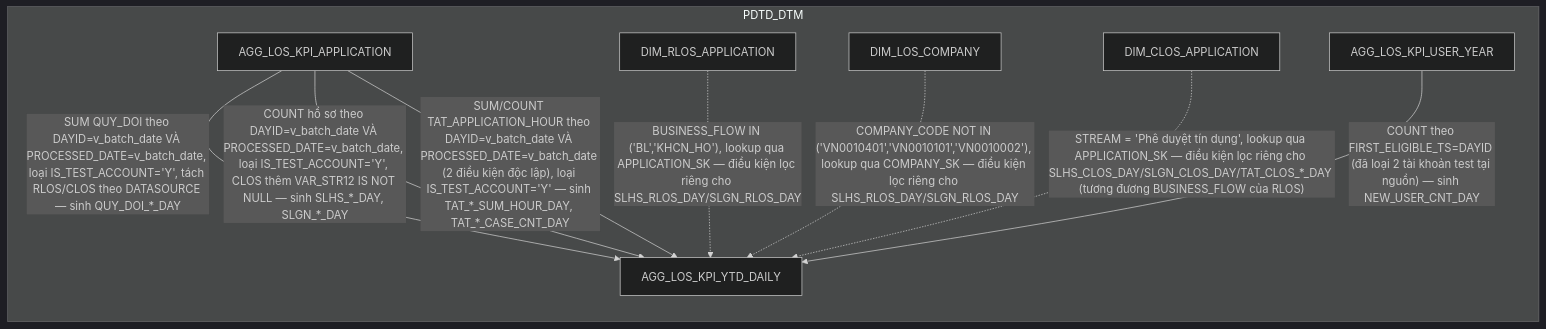
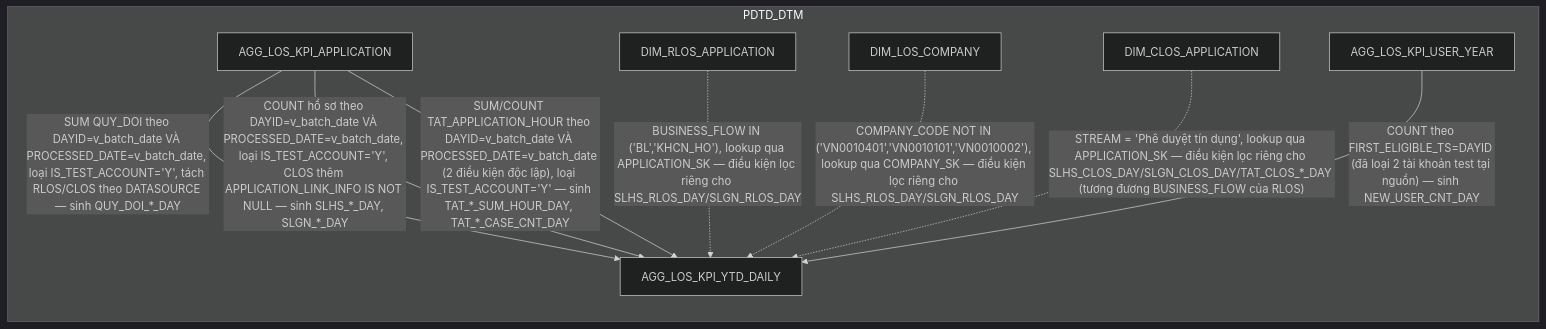
One commit to chien1198/sb-mapping-gen changed the first of 19 diagrams in hld/hld_review/HLD_FCT_PDTD_DTM_review.md. Above: the diagram before and after it, drawn with Mermaid (dark theme). The commit also changed other lines of this file and 124 other files, not shown here.

````diff
--- a/hld/hld_review/HLD_FCT_PDTD_DTM_review.md
+++ b/hld/hld_review/HLD_FCT_PDTD_DTM_review.md
@@ -14,18 +14,18 @@
 ```mermaid
 flowchart LR
     subgraph PDTD_DTM
         A["AGG_LOS_KPI_APPLICATION"]
         D1["DIM_RLOS_APPLICATION"]
         D3["DIM_CLOS_APPLICATION"]
         D2["DIM_LOS_COMPANY"]
         M["AGG_LOS_KPI_USER_YEAR"]
         F["AGG_LOS_KPI_YTD_DAILY"]
     end
     A -->|"SUM QUY_DOI theo DAYID=v_batch_date VÀ PROCESSED_DATE=v_batch_date, loại IS_TEST_ACCOUNT='Y', tách RLOS/CLOS theo DATASOURCE — sinh QUY_DOI_*_DAY"| F
-    A -->|"COUNT hồ sơ theo DAYID=v_batch_date VÀ PROCESSED_DATE=v_batch_date, loại IS_TEST_ACCOUNT='Y', CLOS thêm VAR_STR12 IS NOT NULL — sinh SLHS_*_DAY, SLGN_*_DAY"| F
+    A -->|"COUNT hồ sơ theo DAYID=v_batch_date VÀ PROCESSED_DATE=v_batch_date, loại IS_TEST_ACCOUNT='Y', CLOS thêm APPLICATION_LINK_INFO IS NOT NULL — sinh SLHS_*_DAY, SLGN_*_DAY"| F
     D1 -.->|"BUSINESS_FLOW IN ('BL','KHCN_HO'), lookup qua APPLICATION_SK — điều kiện lọc riêng cho SLHS_RLOS_DAY/SLGN_RLOS_DAY"| F
     D2 -.->|"COMPANY_CODE NOT IN ('VN0010401','VN0010101','VN0010002'), lookup qua COMPANY_SK — điều kiện lọc riêng cho SLHS_RLOS_DAY/SLGN_RLOS_DAY"| F
     D3 -.->|"STREAM = 'Phê duyệt tín dụng', lookup qua APPLICATION_SK — điều kiện lọc riêng cho SLHS_CLOS_DAY/SLGN_CLOS_DAY/TAT_CLOS_*_DAY (tương đương BUSINESS_FLOW của RLOS)"| F
     A -->|"SUM/COUNT TAT_APPLICATION_HOUR theo DAYID=v_batch_date VÀ PROCESSED_DATE=v_batch_date (2 điều kiện độc lập), loại IS_TEST_ACCOUNT='Y' — sinh TAT_*_SUM_HOUR_DAY, TAT_*_CASE_CNT_DAY"| F
     M -->|"COUNT theo FIRST_ELIGIBLE_TS=DAYID (đã loại 2 tài khoản test tại nguồn) — sinh NEW_USER_CNT_DAY"| F
 ```
````
